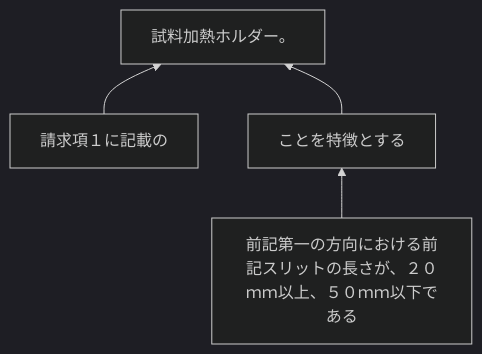
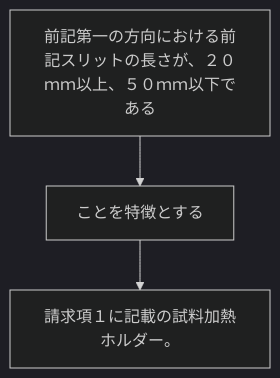
Before and after one commit to shinmori55/patent_analyzed: the diagram in 2024/JP2024030202A/claim_3/README.md, drawn with Mermaid (dark theme). The commit also changed 336 other files, not shown here.

````diff
--- a/2024/JP2024030202A/claim_3/README.md
+++ b/2024/JP2024030202A/claim_3/README.md
@@ -2,7 +2,8 @@
 ```mermaid
-flowchart BT
-D[試料加熱ホルダー。]
-C[請求項１に記載の] --> D
-B[ことを特徴とする] --> D
-A[前記第一の方向における前記スリットの長さが、２０ｍｍ以上、５０ｍｍ以下である] --> B
+flowchart TD
+A[前記第一の方向における前記スリットの長さが、２０ｍｍ以上、５０ｍｍ以下である]
+B[ことを特徴とする]
+C[請求項１に記載の試料加熱ホルダー。]
+A --> B
+B --> C
 ```
````
